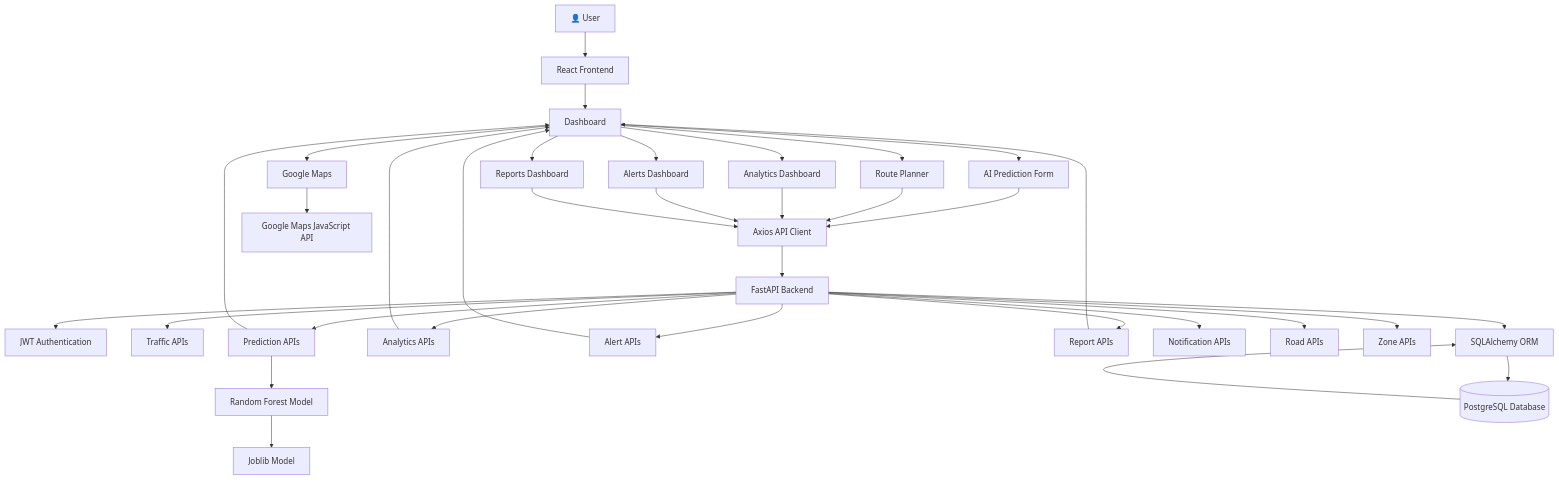
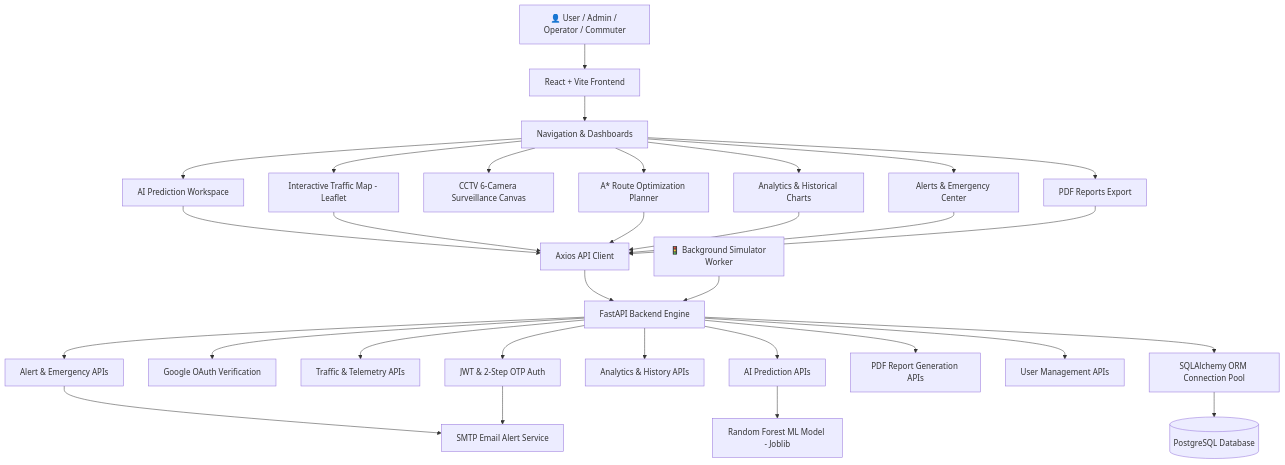
Before and after one commit to springboardmentor620-ai/trafficvision-ai-smart-traffic-prediction: the diagram in README.md, drawn with Mermaid. The commit also changed other lines of this file and 115 other files, not shown here.

Commit message:
completed Milestone 4 testing, docker containerization, cctv surveillance, 2-step otp authentication, system optimization, and final documentation

````diff
--- a/README.md
+++ b/README.md
@@ -365,49 +317,45 @@
 ```mermaid
 flowchart TD
 
-    A[👤 User]
+    A[👤 User / Admin / Operator / Commuter]
 
-    A --> B[React Frontend]
+    A --> B[React + Vite Frontend]
 
-    B --> C[Dashboard]
+    B --> C[Navigation & Dashboards]
 
-    C --> D[AI Prediction Form]
-    C --> E[Google Maps]
-    C --> F[Route Planner]
-    C --> G[Analytics Dashboard]
-    C --> H[Alerts Dashboard]
-    C --> I[Reports Dashboard]
+    C --> D[AI Prediction Workspace]
+    C --> E[Interactive Traffic Map - Leaflet]
+    C --> F[CCTV 6-Camera Surveillance Canvas]
+    C --> G[A* Route Optimization Planner]
+    C --> H[Analytics & Historical Charts]
+    C --> I[Alerts & Emergency Center]
+    C --> J[PDF Reports Export]
 
-    D --> J[Axios API Client]
-    F --> J
-    G --> J
-    H --> J
-    I --> J
+    D --> K[Axios API Client]
+    E --> K
+    G --> K
+    H --> K
+    I --> K
+    J --> K
 
-    J --> K[FastAPI Backend]
+    K --> L[FastAPI Backend Engine]
 
-    K --> L[JWT Authentication]
-    K --> M[Traffic APIs]
-    K --> N[Prediction APIs]
-    K --> O[Analytics APIs]
-    K --> P[Alert APIs]
-    K --> Q[Report APIs]
-    K --> R[Notification APIs]
-    K --> S[Road APIs]
-    K --> T[Zone APIs]
+    L --> M[JWT & 2-Step OTP Auth]
+    L --> N[Google OAuth Verification]
+    L --> O[Traffic & Telemetry APIs]
+    L --> P[AI Prediction APIs]
+    L --> Q[Analytics & History APIs]
+    L --> R[Alert & Emergency APIs]
+    L --> S[PDF Report Generation APIs]
+    L --> T[User Management APIs]
 
-    N --> U[Random Forest Model]
-    U --> V[Joblib Model]
+    P --> U[Random Forest ML Model - Joblib]
 
-    K --> W[SQLAlchemy ORM]
-    W --> X[(PostgreSQL Database)]
+    L --> V[SQLAlchemy ORM Connection Pool]
+    V --> W[(PostgreSQL Database)]
 
-    X --> W
+    R --> X[SMTP Email Alert Service]
+    M --> X
 
-    E --> Y[Google Maps JavaScript API]
-
-    N --> C
-    O --> C
-    P --> C
-    Q --> C
+    Y[🚦 Background Simulator Worker] --> L
 ```
````
